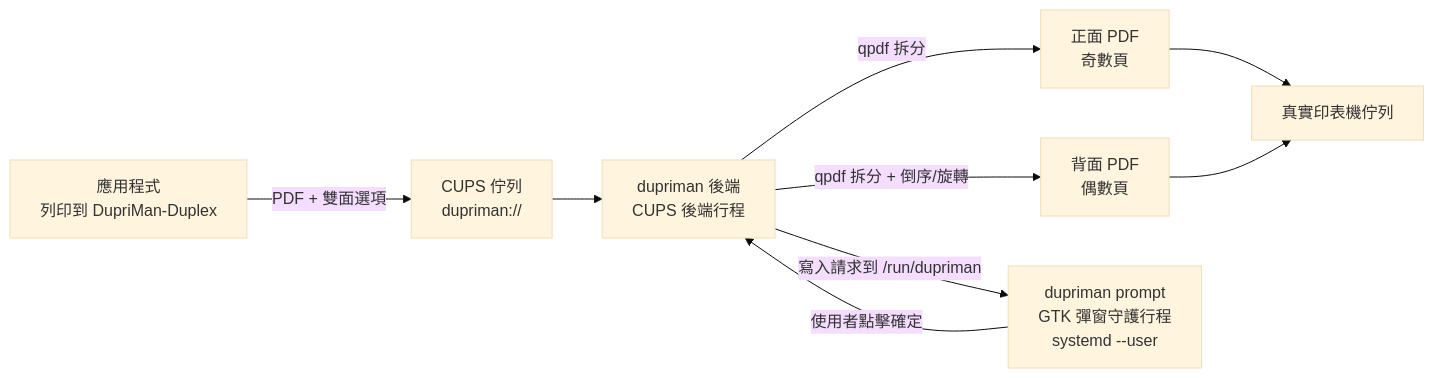
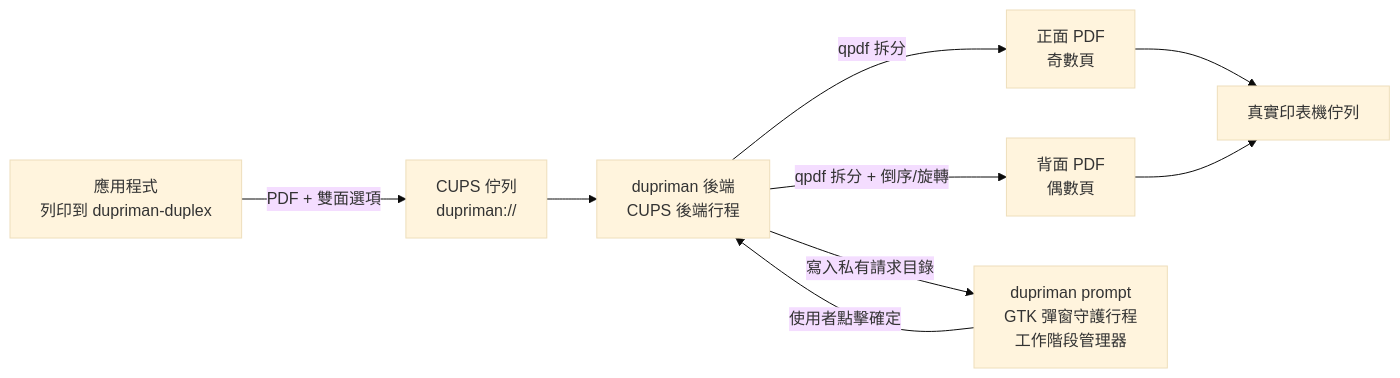
One commit to OrdChaos/dupriman changed the diagram in README.zh_TW.md. Above: the diagram before and after it, drawn with Mermaid (base theme). The commit also changed other lines of this file and 19 other files, not shown here.

````diff
--- a/README.zh_TW.md
+++ b/README.zh_TW.md
@@ -15,11 +15,11 @@
 ```mermaid
 flowchart LR
-    A[應用程式<br/>列印到 DupriMan-Duplex] -->|PDF + 雙面選項| B[CUPS 佇列<br/>dupriman://]
+    A[應用程式<br/>列印到 dupriman-duplex] -->|PDF + 雙面選項| B[CUPS 佇列<br/>dupriman://]
     B --> C[dupriman 後端<br/>CUPS 後端行程]
     C -->|qpdf 拆分| D[正面 PDF<br/>奇數頁]
     C -->|qpdf 拆分 + 倒序/旋轉| E[背面 PDF<br/>偶數頁]
     D --> F[真實印表機佇列]
-    C -->|寫入請求到 /run/dupriman| G[dupriman prompt<br/>GTK 彈窗守護行程<br/>systemd --user]
+    C -->|寫入私有請求目錄| G[dupriman prompt<br/>GTK 彈窗守護行程<br/>工作階段管理器]
     G -->|使用者點擊確定| C
     E --> F
 ```
````
